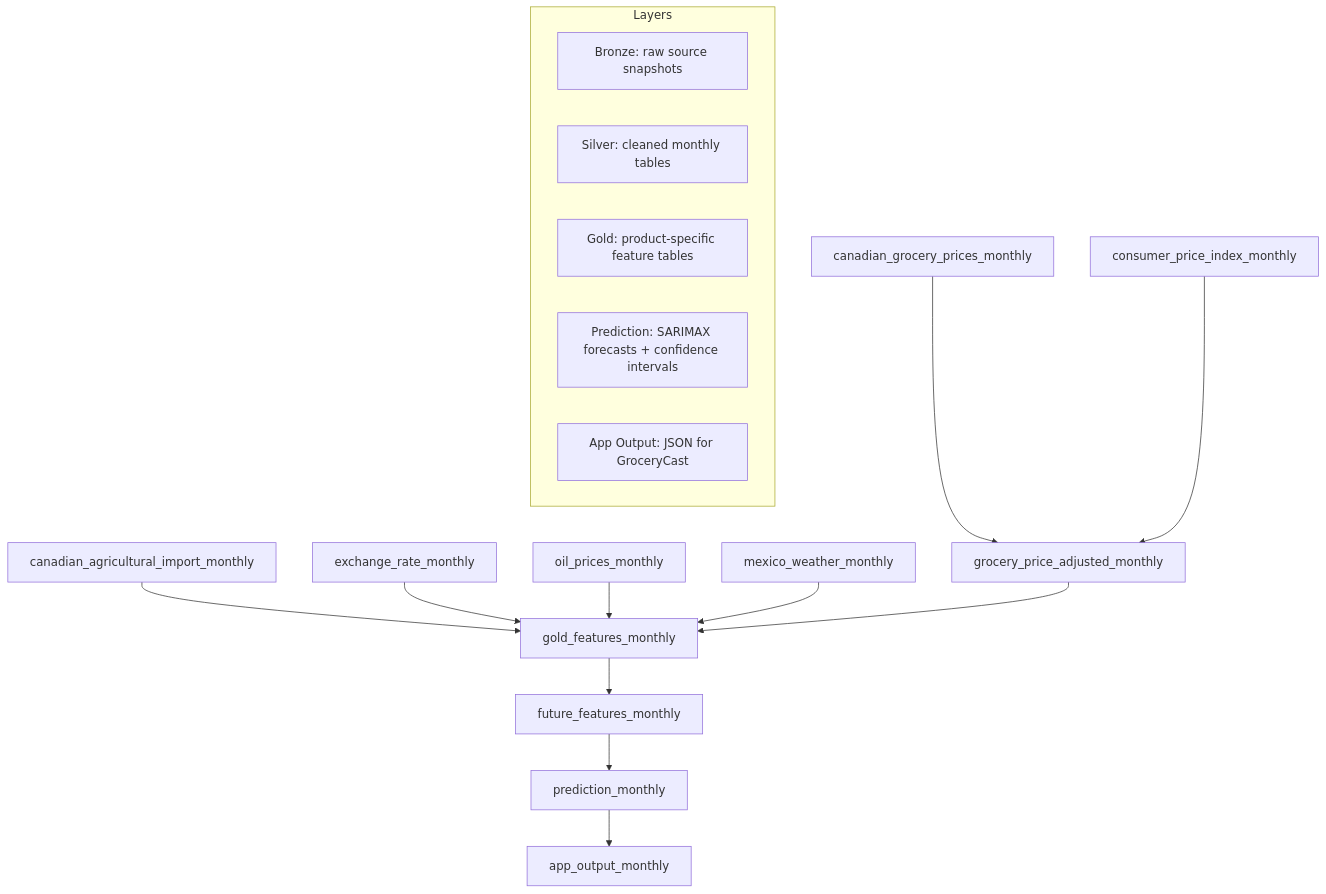
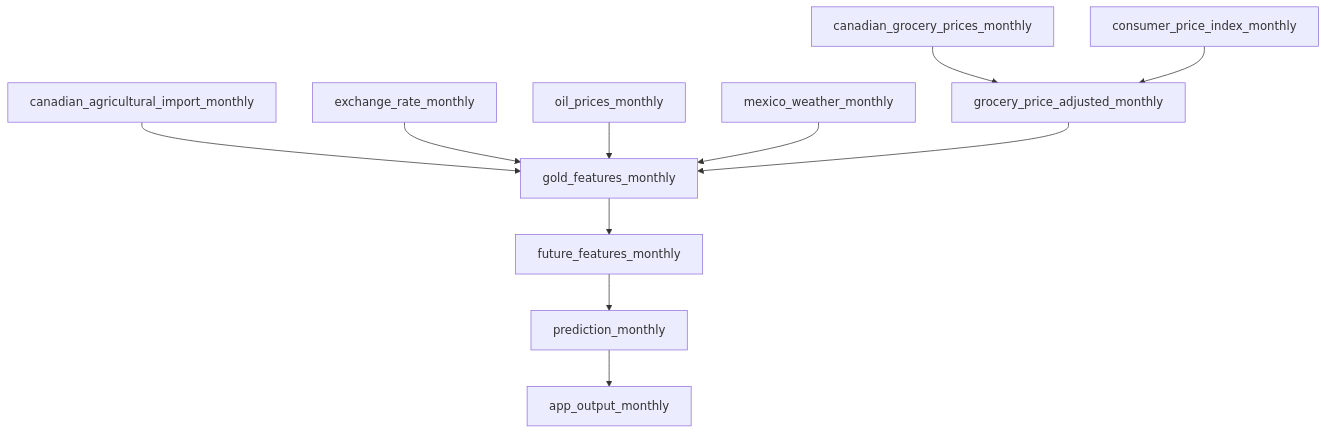
Before and after one commit to laineq/Grocery-Price-Prediction: the first of 2 diagrams in README.md, drawn with Mermaid. The commit also changed other lines of this file, not shown here.

````diff
--- a/README.md
+++ b/README.md
@@ -60,21 +60,13 @@
 ```mermaid
 flowchart TD
     A["canadian_grocery_prices_monthly"] --> B["grocery_price_adjusted_monthly"]
     C["consumer_price_index_monthly"] --> B
     D["canadian_agricultural_import_monthly"] --> E["gold_features_monthly"]
     F["exchange_rate_monthly"] --> E
     G["oil_prices_monthly"] --> E
     H["mexico_weather_monthly"] --> E
     B --> E
     E --> I["future_features_monthly"]
     I --> J["prediction_monthly"]
     J --> K["app_output_monthly"]
-
-    subgraph Layers
-        L1["Bronze: raw source snapshots"]
-        L2["Silver: cleaned monthly tables"]
-        L3["Gold: product-specific feature tables"]
-        L4["Prediction: SARIMAX forecasts + confidence intervals"]
-        L5["App Output: JSON for GroceryCast"]
-    end
 ```
````
